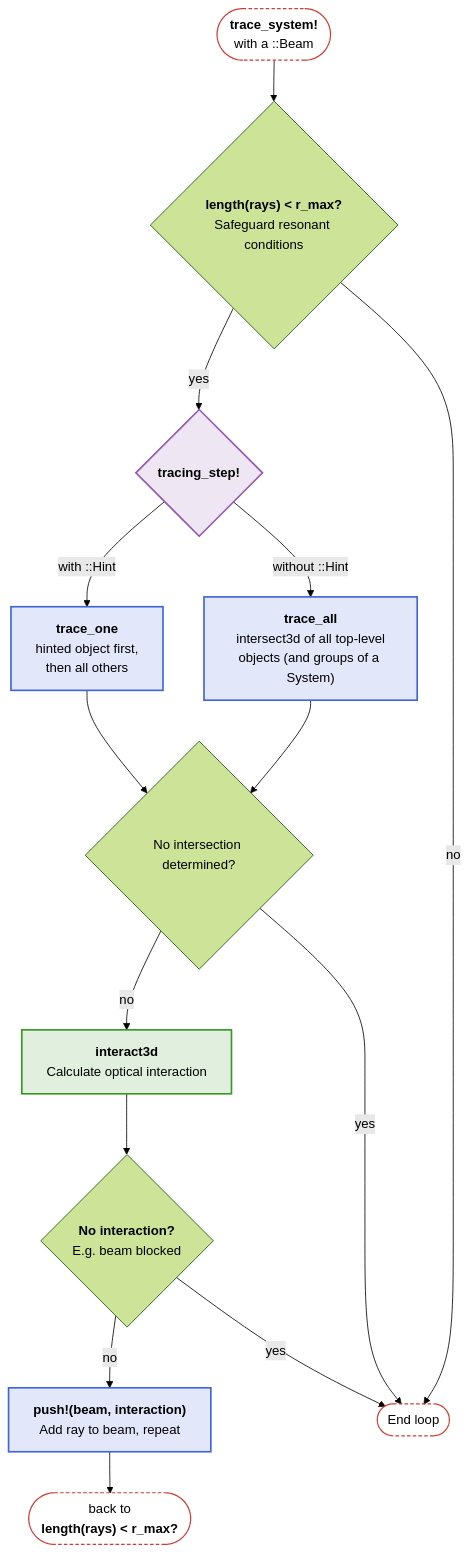
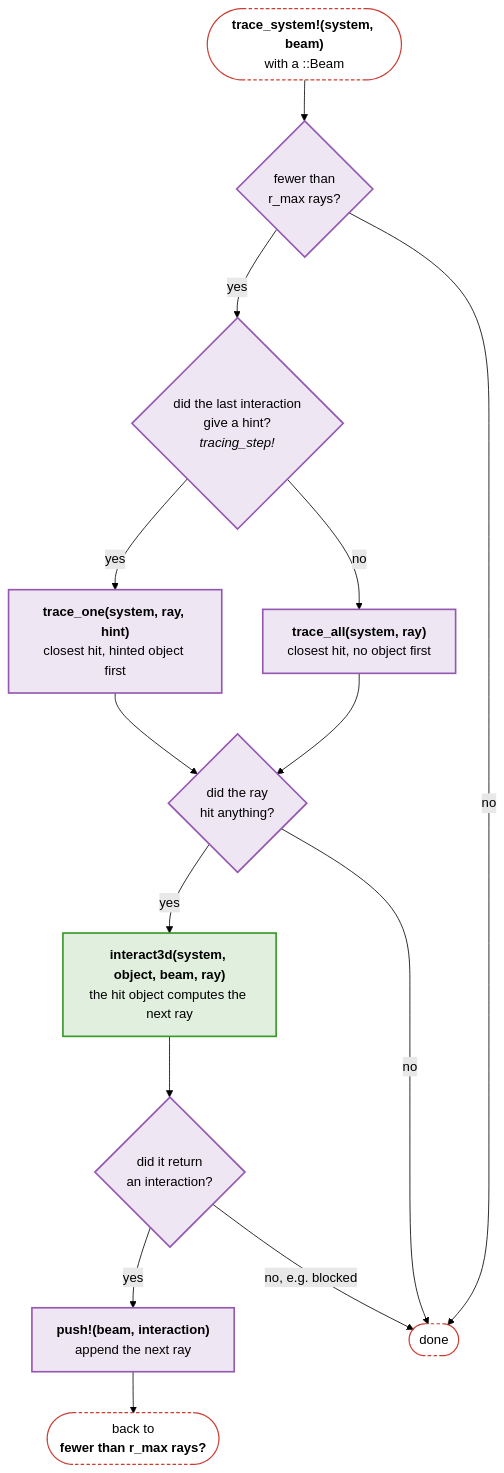
One commit to JuliaPhysics/BeamletOptics.jl changed the seventh of 7 diagrams in docs/src/api/core.md. Above: the diagram before and after it, drawn with Mermaid (forest theme). The commit also changed other lines of this file, not shown here.

Commit message:
Docs: core.md diagrams of the solver as plain yes/no flows, trace_all split into search and object hit, order of coincident hits stated

````diff
--- a/docs/src/api/core.md
+++ b/docs/src/api/core.md
@@ -309,35 +350,32 @@
 ```mermaid
 flowchart TB
-    S(["<b>trace_system!</b><br/>with a ::Beam"])
-    RM{"<b>length(rays) #lt; r_max?</b><br>Safeguard resonant conditions"}
-    TST{"<b>tracing_step!</b>"}
-    TO["<b>trace_one</b><br/>hinted object first,<br/>then all others"]
-    TA["<b>trace_all</b><br/>intersect3d of all top-level<br/>objects (and groups of a System)"]
-    HIT{"No intersection determined?"}
-    IA["<b>interact3d</b><br/>Calculate optical interaction"]
-    NI{"<b>No interaction?</b><br/>E.g. beam blocked"}
-    P["<b>push!(beam, interaction)</b><br/>Add ray to beam, repeat"]
-    E([End loop])
-    BR(["back to<br/><b>length(rays) #lt; r_max?</b>"])
+    S(["<b>trace_system!(system, beam)</b><br/>with a ::Beam"])
+    RM{"fewer than<br/>r_max rays?"}
+    HQ{"did the last interaction<br/>give a hint?<br/><i>tracing_step!</i>"}
+    TO["<b>trace_one(system, ray, hint)</b><br/>closest hit, hinted object first"]
+    TA["<b>trace_all(system, ray)</b><br/>closest hit, no object first"]
+    HIT{"did the ray<br/>hit anything?"}
+    IA["<b>interact3d(system, object, beam, ray)</b><br/>the hit object computes the next ray"]
+    NI{"did it return<br/>an interaction?"}
+    P["<b>push!(beam, interaction)</b><br/>append the next ray"]
+    E(["done"])
+    BR(["back to<br/><b>fewer than r_max rays?</b>"])
 
     S --> RM
-    RM -- yes --> TST
-    TST -- " with ::Hint" --> TO
-    TST -- "without ::Hint" --> TA
-    TO --> HIT
-    TA --> HIT
-    HIT -- no --> IA --> NI
-    NI -- no --> P --> BR
+    RM -- yes --> HQ
     RM -- no --> E
-    HIT -- yes --> E
-    NI -- yes --> E
+    HQ -- yes --> TO --> HIT
+    HQ -- no --> TA --> HIT
+    HIT -- yes --> IA --> NI
+    HIT -- no --> E
+    NI -- yes --> P --> BR
+    NI -- "no, e.g. blocked" --> E
 
     classDef blue fill:#4063D826,stroke:#4063D8,stroke-width:2px
     classDef green fill:#38982626,stroke:#389826,stroke-width:2px
     classDef purple fill:#9558B226,stroke:#9558B2,stroke-width:2px
     classDef terminal fill:transparent,stroke:#CB3C33,stroke-width:1.5px,stroke-dasharray:4 3
-    class TO,TA,P blue
+    class RM,HQ,TO,TA,HIT,NI,P purple
     class IA green
-    class TST purple
     class S,E,BR terminal
 ```
````
